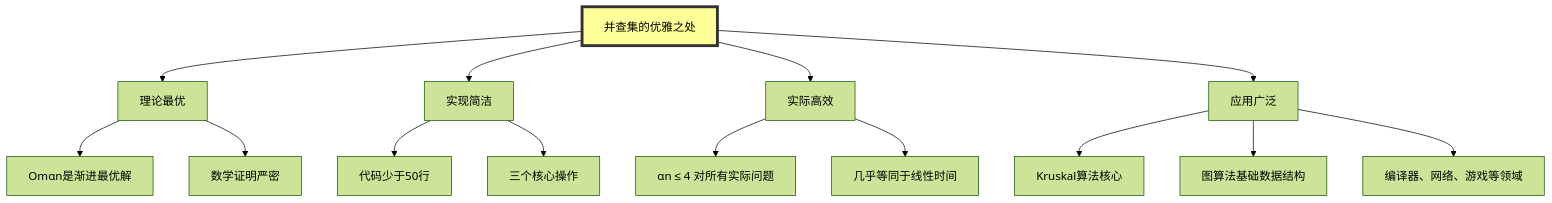
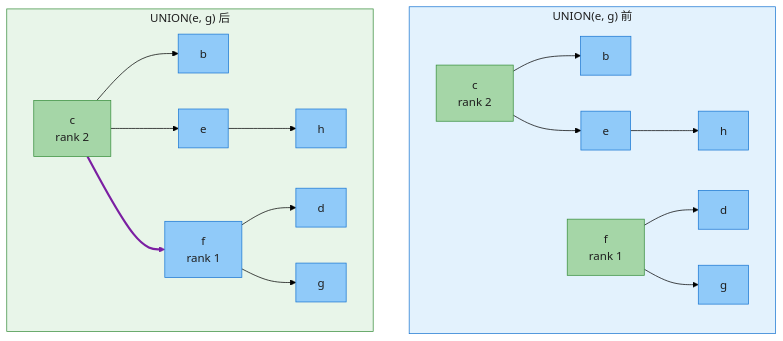
The fifth of 6 diagrams in IntroductionToAlgorithms/Chapter19_不相交集合_深度版.md (socoo123/book_reading), drawn with Mermaid (forest theme) before and after one commit. The commit also changed other lines of this file and 30 other files, not shown here.

````diff
--- a/IntroductionToAlgorithms/Chapter19_不相交集合_深度版.md
+++ b/IntroductionToAlgorithms/Chapter19_不相交集合_深度版.md
@@ -817,22 +187,26 @@
 ```mermaid
-flowchart TD
-    A["并查集的优雅之处"] --> B["理论最优"]
-    A --> C["实现简洁"]
-    A --> D["实际高效"]
-    A --> E["应用广泛"]
+graph TD
+    subgraph BEFORE["UNION(e, g) 前"]
+        a1["c<br/>rank 2"] --> a2["b"]
+        a1 --> a3["e"]
+        a3 --> a4["h"]
+        b1["f<br/>rank 1"] --> b2["d"]
+        b1 --> b3["g"]
+    end
+    subgraph AFTER["UNION(e, g) 后"]
+        c1["c<br/>rank 2"] --> c2["b"]
+        c1 --> c3["e"]
+        c3 --> c4["h"]
+        c1 --> c5["f<br/>rank 1"]
+        c5 --> c6["d"]
+        c5 --> c7["g"]
+    end
 
-    B --> B1["Omαn是渐进最优解"]
-    B --> B2["数学证明严密"]
-
-    C --> C1["代码少于50行"]
-    C --> C2["三个核心操作"]
-
-    D --> D1["αn ≤ 4 对所有实际问题"]
-    D --> D2["几乎等同于线性时间"]
-
-    E --> E1["Kruskal算法核心"]
-    E --> E2["图算法基础数据结构"]
-    E --> E3["编译器、网络、游戏等领域"]
-
-    style A fill:#ff9,stroke:#333,stroke-width:4px
+    classDef rep fill:#A5D6A7,stroke:#388E3C,color:#1f1f1f
+    classDef normal fill:#90CAF9,stroke:#1976D2,color:#1f1f1f
+    class a1,b1,c1 rep
+    class a2,a3,a4,b2,b3,c2,c3,c4,c5,c6,c7 normal
+    style BEFORE fill:#E3F2FD,stroke:#1976D2,color:#1f1f1f
+    style AFTER fill:#E8F5E9,stroke:#388E3C,color:#1f1f1f
+    linkStyle 8 stroke:#7B1FA2,stroke-width:3px
 ```
````
